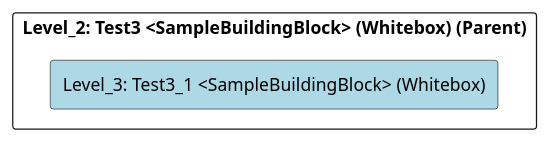
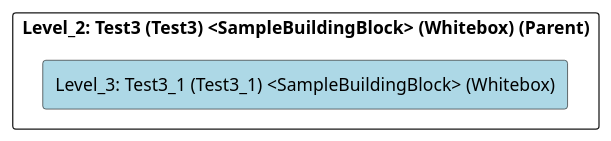
One commit to marcozwyssig/cleon changed the diagram in src/cleon.architecturemethods.arc42.sample/doc/cleon_architecturemethods_arc42_sample_arc42/adoc/en/05_building_block_view/chess/test3/test3_1/level_3_test3_1.adoc. Above: the diagram before and after it, drawn with PlantUML. The commit also changed other lines of this file and 166 other files, not shown here.

```diff
--- a/src/cleon.architecturemethods.arc42.sample/doc/cleon_architecturemethods_arc42_sample_arc42/adoc/en/05_building_block_view/chess/test3/test3_1/level_3_test3_1.adoc
+++ b/src/cleon.architecturemethods.arc42.sample/doc/cleon_architecturemethods_arc42_sample_arc42/adoc/en/05_building_block_view/chess/test3/test3_1/level_3_test3_1.adoc
@@ -20,24 +20,24 @@
-[plantuml, Level_3: Test3_1 <SampleBuildingBlock> (Whitebox)BlockOverview, format="svg"]
+[plantuml, Level_3: Test3_1 (Test3_1) <SampleBuildingBlock> (Whitebox)BlockOverview, format="svg"]
 ----
-@startuml Level_3: Test3_1 <SampleBuildingBlock> (Whitebox)BuildingBlockOverview
+@startuml Level_3: Test3_1 (Test3_1) <SampleBuildingBlock> (Whitebox)BuildingBlockOverview
 
 skinparam ranksep 10
 skinparam componentStyle rectangle
 skinparam shadowing false
 skinparam arrowColor lightblue
 skinparam arrowThickness 1.2
 skinparam rectangle {
   BackgroundColor White
   BorderColor #333
   RoundCorner 10
 }
 top to bottom direction
 
-component "Level_2: Test3 <SampleBuildingBlock> (Whitebox) (Parent)" {
-    component "Level_3: Test3_1 <SampleBuildingBlock> (Whitebox)" #lightblue {
+component "Level_2: Test3 (Test3) <SampleBuildingBlock> (Whitebox) (Parent)" {
+    component "Level_3: Test3_1 (Test3_1) <SampleBuildingBlock> (Whitebox)" #lightblue {
     }
 
 }
 
 @enduml
 ----
```
